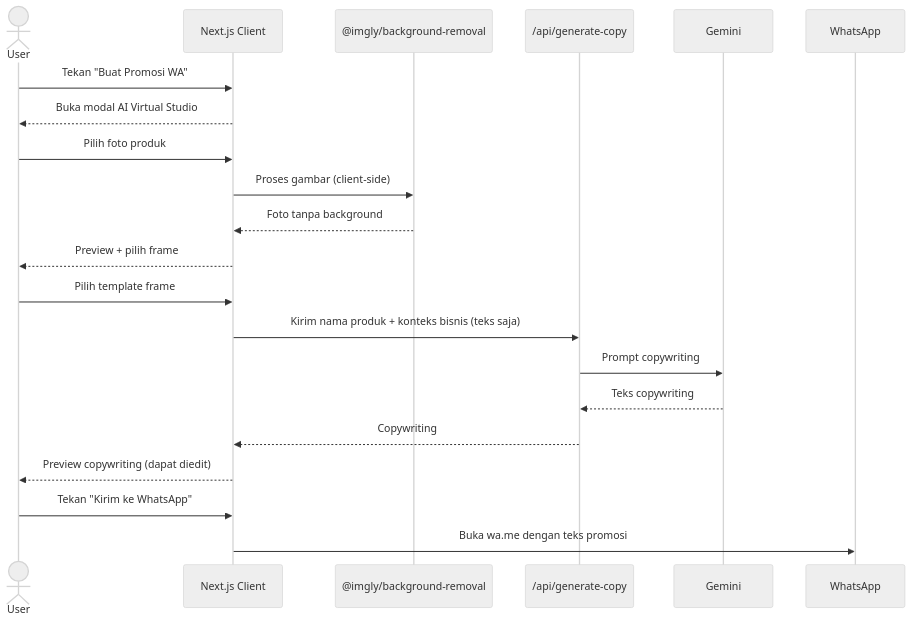
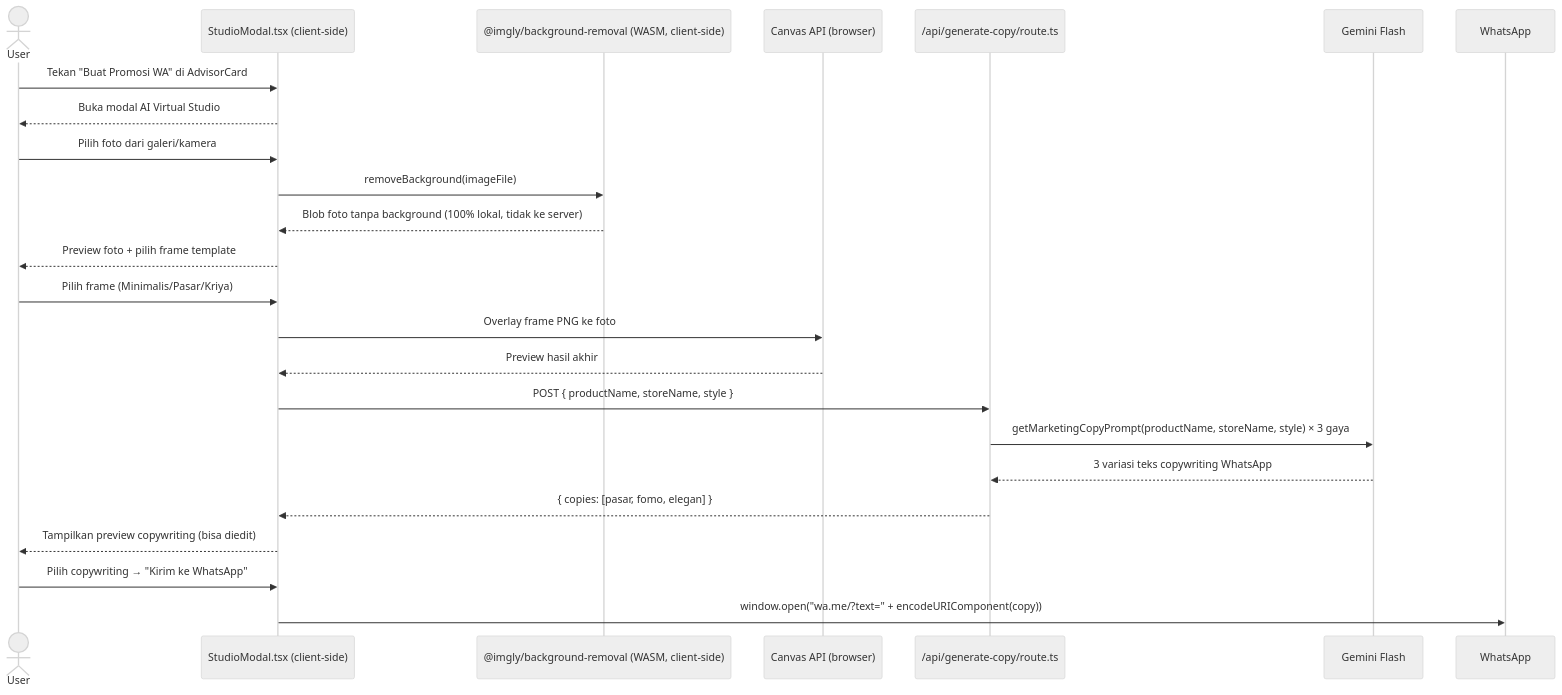
One commit to roymartin-glitch/Vocasyncc changed the fifth of 5 diagrams in TECHNICAL_SPEC.md. Above: the diagram before and after it, drawn with Mermaid (neutral theme). The commit also changed other lines of this file and 15 other files, not shown here.

````diff
--- a/TECHNICAL_SPEC.md
+++ b/TECHNICAL_SPEC.md
@@ -414,24 +604,27 @@
 ```mermaid
 sequenceDiagram
   actor User
-  participant App as Next.js Client
-  participant BR as @imgly/background-removal
-  participant API as /api/generate-copy
-  participant AI as Gemini
+  participant Modal as StudioModal.tsx (client-side)
+  participant BR as @imgly/background-removal (WASM, client-side)
+  participant Canvas as Canvas API (browser)
+  participant API as /api/generate-copy/route.ts
+  participant AI as Gemini Flash
   participant WA as WhatsApp
 
-  User->>App: Tekan "Buat Promosi WA"
-  App-->>User: Buka modal AI Virtual Studio
-  User->>App: Pilih foto produk
-  App->>BR: Proses gambar (client-side)
-  BR-->>App: Foto tanpa background
-  App-->>User: Preview + pilih frame
-  User->>App: Pilih template frame
-  App->>API: Kirim nama produk + konteks bisnis (teks saja)
-  API->>AI: Prompt copywriting
-  AI-->>API: Teks copywriting
-  API-->>App: Copywriting
-  App-->>User: Preview copywriting (dapat diedit)
-  User->>App: Tekan "Kirim ke WhatsApp"
-  App->>WA: Buka wa.me dengan teks promosi
+  User->>Modal: Tekan "Buat Promosi WA" di AdvisorCard
+  Modal-->>User: Buka modal AI Virtual Studio
+  User->>Modal: Pilih foto dari galeri/kamera
+  Modal->>BR: removeBackground(imageFile)
+  BR-->>Modal: Blob foto tanpa background (100% lokal, tidak ke server)
+  Modal-->>User: Preview foto + pilih frame template
+  User->>Modal: Pilih frame (Minimalis/Pasar/Kriya)
+  Modal->>Canvas: Overlay frame PNG ke foto
+  Canvas-->>Modal: Preview hasil akhir
+  Modal->>API: POST { productName, storeName, style }
+  API->>AI: getMarketingCopyPrompt(productName, storeName, style) × 3 gaya
+  AI-->>API: 3 variasi teks copywriting WhatsApp
+  API-->>Modal: { copies: [pasar, fomo, elegan] }
+  Modal-->>User: Tampilkan preview copywriting (bisa diedit)
+  User->>Modal: Pilih copywriting → "Kirim ke WhatsApp"
+  Modal->>WA: window.open("wa.me/?text=" + encodeURIComponent(copy))
 ```
````
